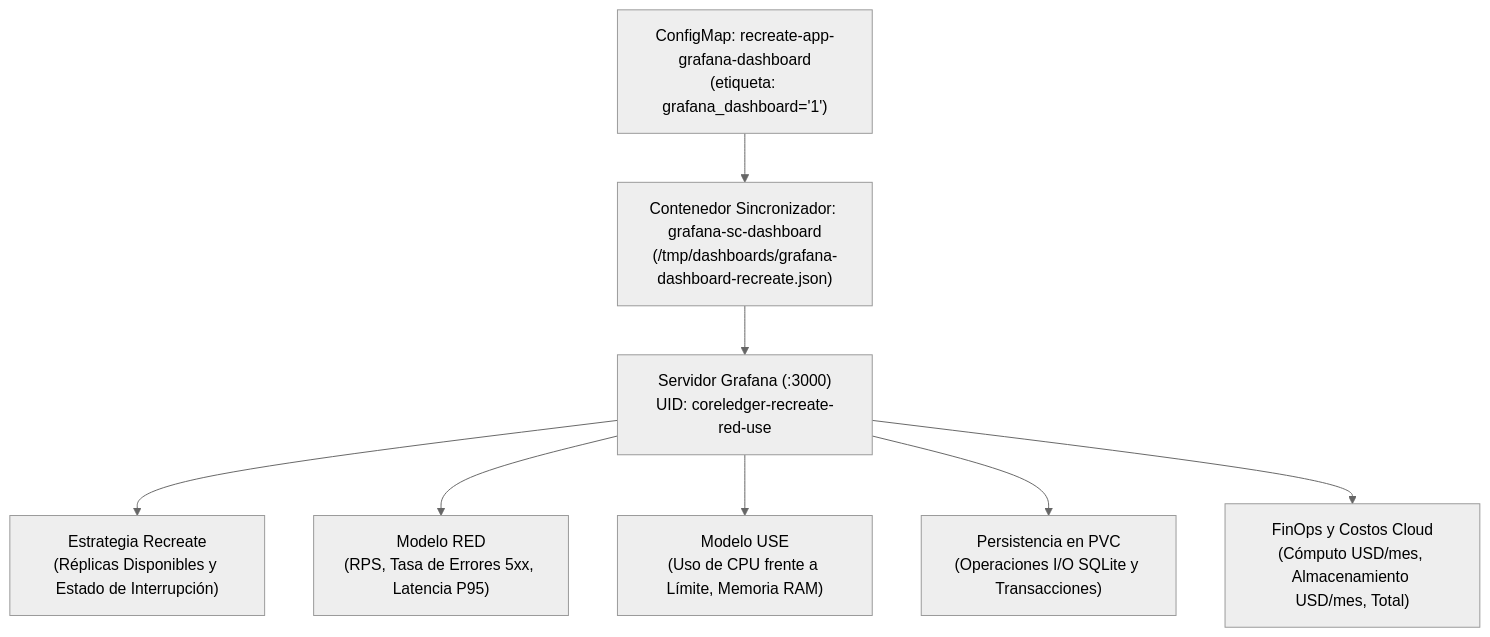
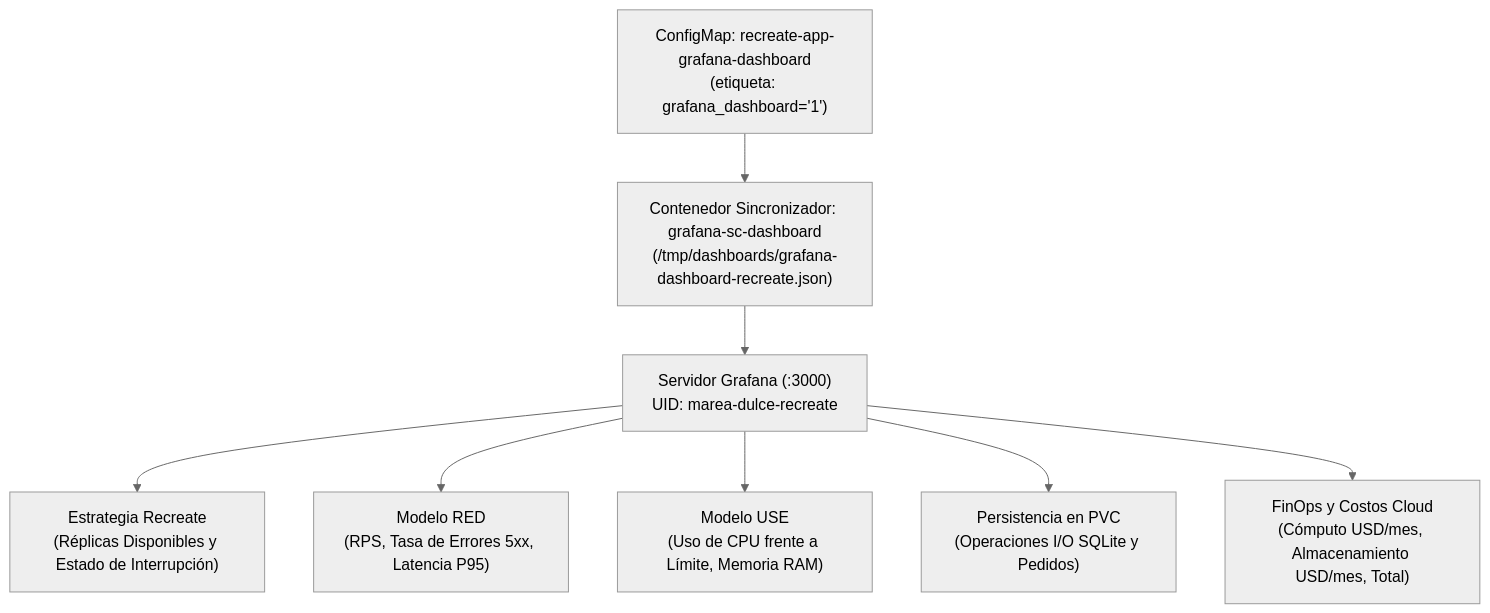
Before and after one commit to Esteban-GV/MareaDulce_Recreate: the diagram in docs/grafana.md, drawn with Mermaid (neutral theme). The commit also changed other lines of this file and 138 other files, not shown here.

Commit message:
feat(docs): migrate documentation, platform and architecture to Marea Dulce Recreate deployment

````diff
--- a/docs/grafana.md
+++ b/docs/grafana.md
@@ -18,11 +18,11 @@
 ```mermaid
 flowchart TB
     CM["ConfigMap: recreate-app-grafana-dashboard\n(etiqueta: grafana_dashboard='1')"] --> Sidecar["Contenedor Sincronizador: grafana-sc-dashboard\n(/tmp/dashboards/grafana-dashboard-recreate.json)"]
-    Sidecar --> Grafana["Servidor Grafana (:3000)\nUID: coreledger-recreate-red-use"]
+    Sidecar --> Grafana["Servidor Grafana (:3000)\nUID: marea-dulce-recreate"]
 
     Grafana --> G1["Estrategia Recreate\n(Réplicas Disponibles y Estado de Interrupción)"]
     Grafana --> G2["Modelo RED\n(RPS, Tasa de Errores 5xx, Latencia P95)"]
     Grafana --> G3["Modelo USE\n(Uso de CPU frente a Límite, Memoria RAM)"]
-    Grafana --> G4["Persistencia en PVC\n(Operaciones I/O SQLite y Transacciones)"]
+    Grafana --> G4["Persistencia en PVC\n(Operaciones I/O SQLite y Pedidos)"]
     Grafana --> G5["FinOps y Costos Cloud\n(Cómputo USD/mes, Almacenamiento USD/mes, Total)"]
 ```
````
